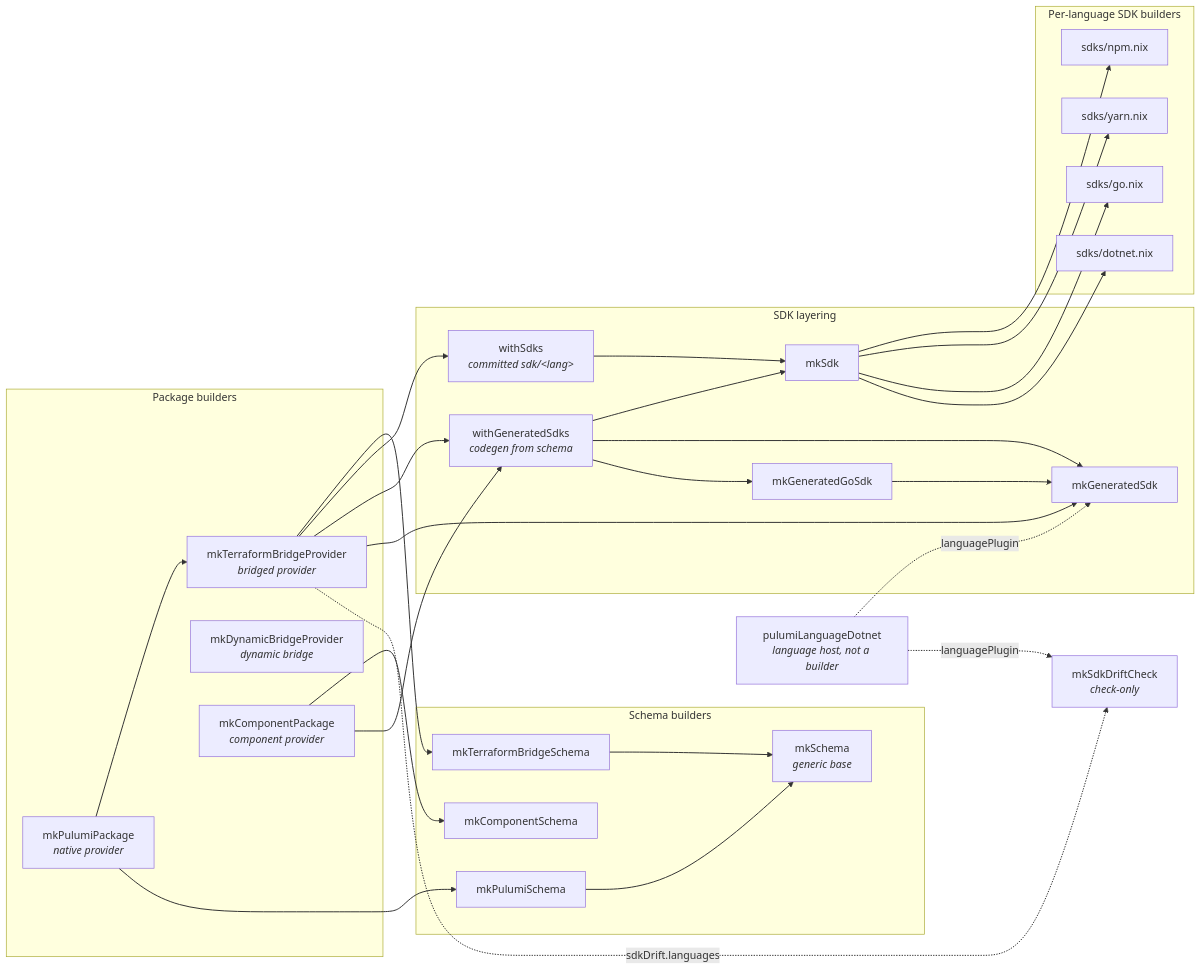
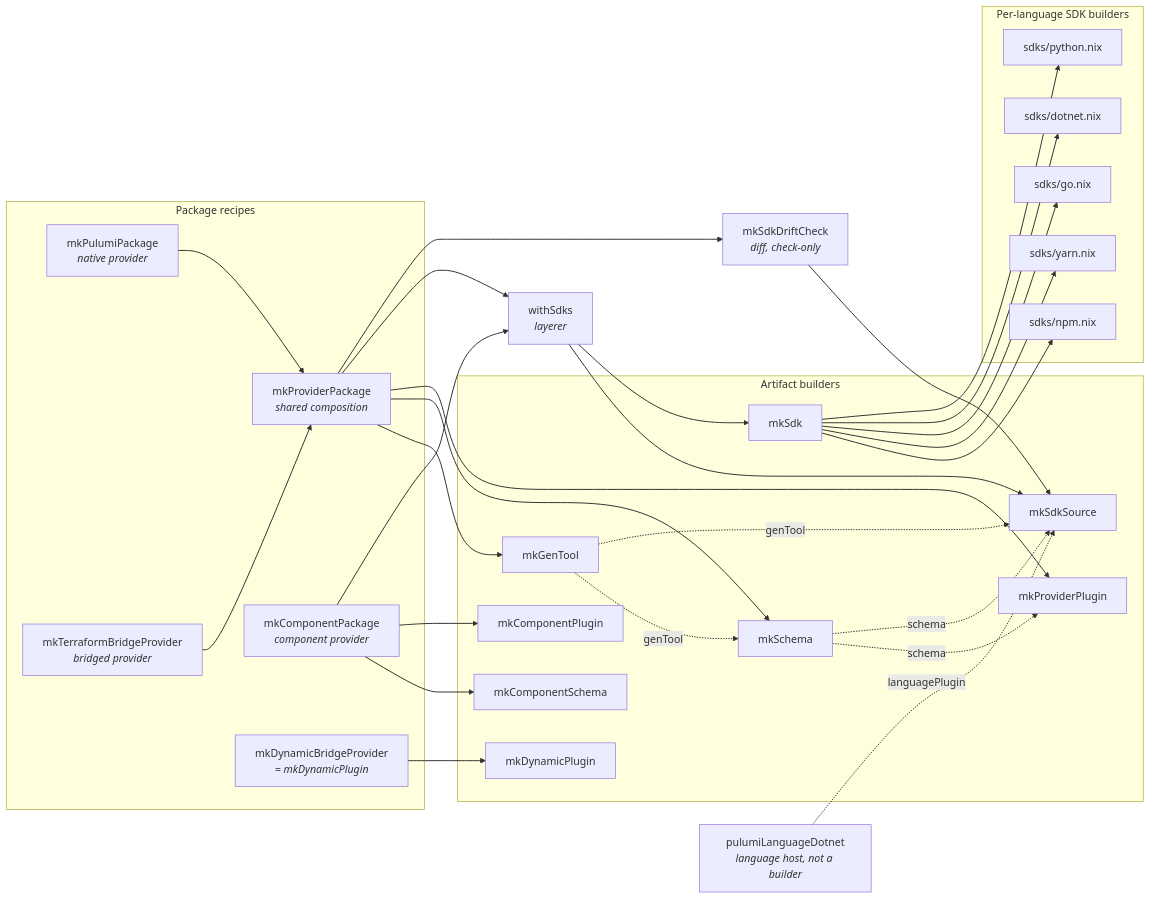
One commit to UnstoppableMango/pulumi2nix changed the second of 2 diagrams in docs/architecture.md. Above: the diagram before and after it, drawn with Mermaid. The commit also changed other lines of this file and 33 other files, not shown here.

First line of the commit message:
feat: refactoring the API surface to better align with pulumi architecture (#87)

````diff
--- a/docs/architecture.md
+++ b/docs/architecture.md
@@ -68,63 +91,67 @@
 ```mermaid
 flowchart LR
-  subgraph entry["Package builders"]
+  subgraph recipes["Package recipes"]
     mkPulumiPackage["mkPulumiPackage<br/><i>native provider</i>"]
     mkTerraformBridgeProvider["mkTerraformBridgeProvider<br/><i>bridged provider</i>"]
-    mkDynamicBridgeProvider["mkDynamicBridgeProvider<br/><i>dynamic bridge</i>"]
+    mkProviderPackage["mkProviderPackage<br/><i>shared composition</i>"]
     mkComponentPackage["mkComponentPackage<br/><i>component provider</i>"]
+    mkDynamicBridgeProvider["mkDynamicBridgeProvider<br/><i>= mkDynamicPlugin</i>"]
   end
 
-  subgraph schemas["Schema builders"]
-    mkPulumiSchema["mkPulumiSchema"]
-    mkTerraformBridgeSchema["mkTerraformBridgeSchema"]
-    mkSchema["mkSchema<br/><i>generic base</i>"]
+  subgraph artifacts["Artifact builders"]
+    mkGenTool["mkGenTool"]
+    mkSchema["mkSchema"]
     mkComponentSchema["mkComponentSchema"]
-  end
-
-  subgraph layering["SDK layering"]
-    withSdks["withSdks<br/><i>committed sdk/&lt;lang&gt;</i>"]
-    withGeneratedSdks["withGeneratedSdks<br/><i>codegen from schema</i>"]
+    mkProviderPlugin["mkProviderPlugin"]
+    mkComponentPlugin["mkComponentPlugin"]
+    mkDynamicPlugin["mkDynamicPlugin"]
+    mkSdkSource["mkSdkSource"]
     mkSdk["mkSdk"]
-    mkGeneratedSdk["mkGeneratedSdk"]
-    mkGeneratedGoSdk["mkGeneratedGoSdk"]
   end
 
   subgraph langs["Per-language SDK builders"]
     npm["sdks/npm.nix"]
     yarn["sdks/yarn.nix"]
     go["sdks/go.nix"]
     dotnet["sdks/dotnet.nix"]
+    python["sdks/python.nix"]
   end
 
-  mkSdkDriftCheck["mkSdkDriftCheck<br/><i>check-only</i>"]
+  withSdks["withSdks<br/><i>layerer</i>"]
+  mkSdkDriftCheck["mkSdkDriftCheck<br/><i>diff, check-only</i>"]
   pulumiLanguageDotnet["pulumiLanguageDotnet<br/><i>language host, not a builder</i>"]
 
-  mkPulumiPackage --> mkTerraformBridgeProvider
-  mkPulumiPackage --> mkPulumiSchema
-  mkTerraformBridgeProvider --> mkTerraformBridgeSchema
-  mkTerraformBridgeProvider --> withSdks
-  mkTerraformBridgeProvider --> withGeneratedSdks
-  mkTerraformBridgeProvider --> mkGeneratedSdk
-  mkTerraformBridgeProvider -. "sdkDrift.languages" .-> mkSdkDriftCheck
+  mkPulumiPackage --> mkProviderPackage
+  mkTerraformBridgeProvider --> mkProviderPackage
+  mkDynamicBridgeProvider --> mkDynamicPlugin
+
+  mkProviderPackage --> mkGenTool
+  mkProviderPackage --> mkSchema
+  mkProviderPackage --> mkProviderPlugin
+  mkProviderPackage --> withSdks
+  mkProviderPackage --> mkSdkDriftCheck
+
   mkComponentPackage --> mkComponentSchema
-  mkComponentPackage --> withGeneratedSdks
+  mkComponentPackage --> mkComponentPlugin
+  mkComponentPackage --> withSdks
 
-  mkPulumiSchema --> mkSchema
-  mkTerraformBridgeSchema --> mkSchema
+  mkGenTool -. "genTool" .-> mkSchema
+  mkSchema -. "schema" .-> mkProviderPlugin
 
+  withSdks --> mkSdkSource
   withSdks --> mkSdk
-  withGeneratedSdks --> mkSdk
-  withGeneratedSdks --> mkGeneratedSdk
-  withGeneratedSdks --> mkGeneratedGoSdk
-  mkGeneratedGoSdk --> mkGeneratedSdk
+  mkSdkDriftCheck --> mkSdkSource
+
+  mkGenTool -. "genTool" .-> mkSdkSource
+  mkSchema -. "schema" .-> mkSdkSource
 
   mkSdk --> npm
   mkSdk --> yarn
   mkSdk --> go
   mkSdk --> dotnet
+  mkSdk --> python
 
-  pulumiLanguageDotnet -. "languagePlugin" .-> mkGeneratedSdk
-  pulumiLanguageDotnet -. "languagePlugin" .-> mkSdkDriftCheck
+  pulumiLanguageDotnet -. "languagePlugin" .-> mkSdkSource
 
   linkStyle default stroke-width:1.5px
 ```
````
